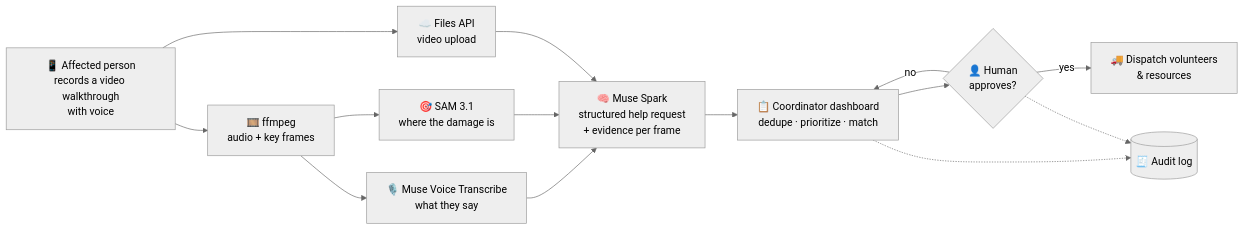
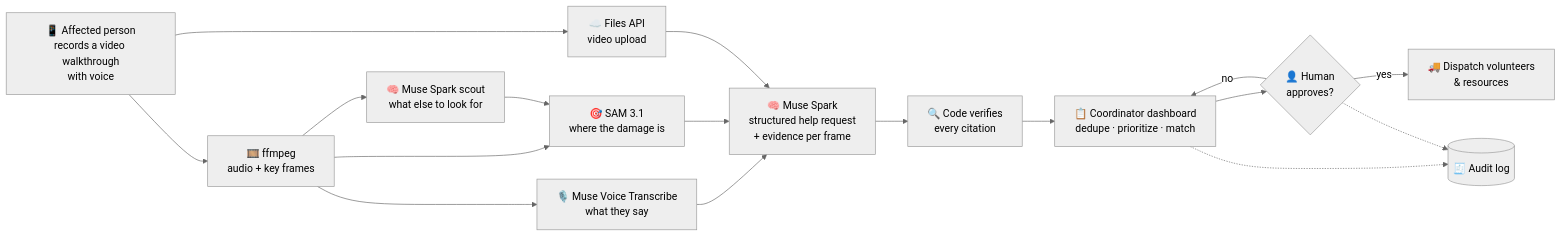
The first of 5 diagrams in README.md (SapSaeta/relief-net), drawn with Mermaid (neutral theme) before and after one commit. The commit also changed other lines of this file and 1 other file, not shown here.

````diff
--- a/README.md
+++ b/README.md
@@ -31,16 +31,18 @@
 ```mermaid
 flowchart LR
     A["📱 Affected person<br/>records a video walkthrough<br/>with voice"] --> P["🎞️ ffmpeg<br/>audio + key frames"]
     P --> C["🎙️ Muse Voice Transcribe<br/>what they say"]
     P --> E["🎯 SAM 3.1<br/>where the damage is"]
+    P --> S["🧠 Muse Spark scout<br/>what else to look for"] --> E
     A --> B["☁️ Files API<br/>video upload"]
     C --> F["🧠 Muse Spark<br/>structured help request<br/>+ evidence per frame"]
     E --> F
     B --> F
-    F --> G["📋 Coordinator dashboard<br/>dedupe · prioritize · match"]
+    F --> V["🔍 Code verifies<br/>every citation"] --> G
+    G["📋 Coordinator dashboard<br/>dedupe · prioritize · match"]
     G --> H{"👤 Human<br/>approves?"}
     H -- yes --> I["🚚 Dispatch volunteers<br/>& resources"]
     H -- no --> G
     G -.-> J[("🧾 Audit log")]
     H -.-> J
 ```
````
